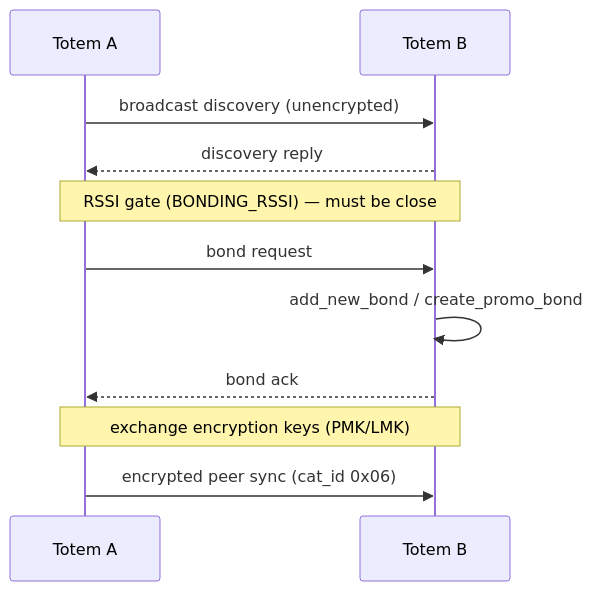
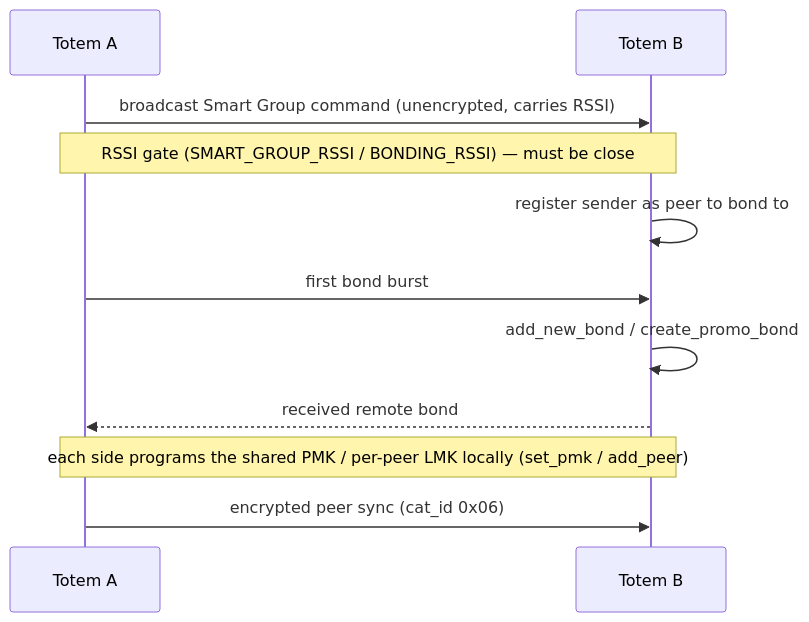
The diagram in docs/protocols/espnow-mesh.mdx (ljagiello/totem), drawn with Mermaid before and after one commit. The commit also changed other lines of this file and 18 other files, not shown here.

````diff
--- a/docs/protocols/espnow-mesh.mdx
+++ b/docs/protocols/espnow-mesh.mdx
@@ -56,13 +79,13 @@
 ```mermaid
 sequenceDiagram
   participant A as Totem A
   participant B as Totem B
-  A->>B: broadcast discovery (unencrypted)
-  B-->>A: discovery reply
-  Note over A,B: RSSI gate (BONDING_RSSI) — must be close
-  A->>B: bond request
+  A->>B: broadcast Smart Group command (unencrypted, carries RSSI)
+  Note over A,B: RSSI gate (SMART_GROUP_RSSI / BONDING_RSSI) — must be close
+  B->>B: register sender as peer to bond to
+  A->>B: first bond burst
   B->>B: add_new_bond / create_promo_bond
-  B-->>A: bond ack
-  Note over A,B: exchange encryption keys (PMK/LMK)
+  B-->>A: received remote bond
+  Note over A,B: each side programs the shared PMK / per-peer LMK locally (set_pmk / add_peer)
   A->>B: encrypted peer sync (cat_id 0x06)
 ```
````
